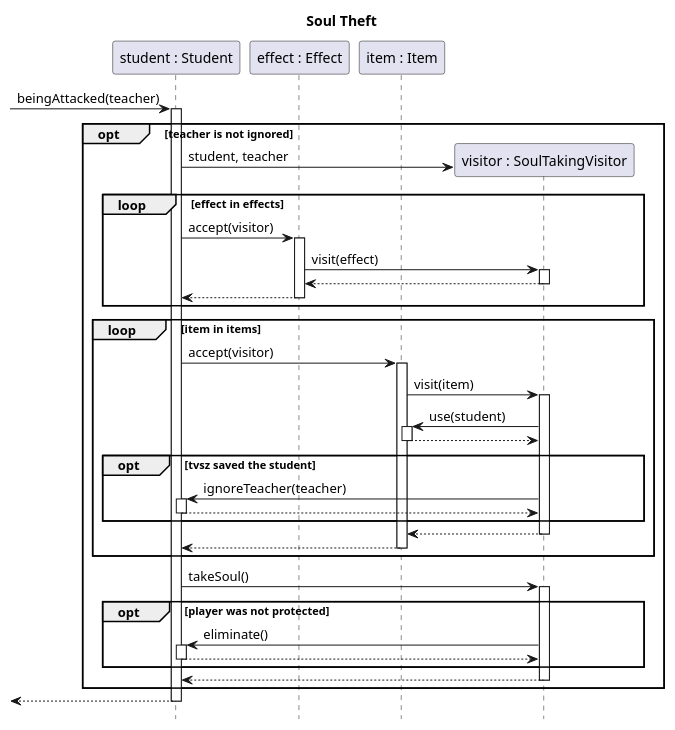
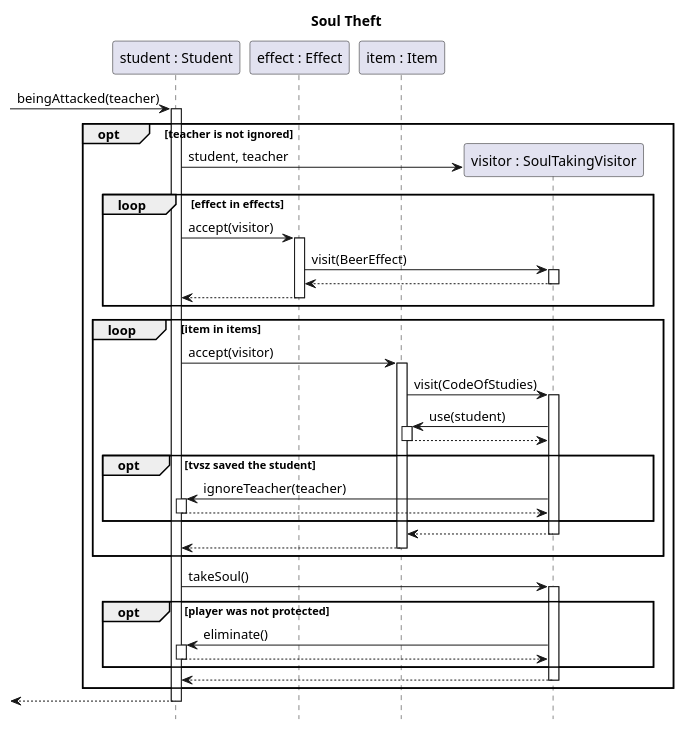
Before and after one commit to sn4k3ch4rm3r/logarlec: the diagram in docs/diagrams/sequence/soul-theft.puml, drawn with PlantUML. The commit also changed 2 other files, not shown here.

Commit message:
perform-attack, soul-theft, toxic-room diagram changes

```diff
--- a/docs/diagrams/sequence/soul-theft.puml
+++ b/docs/diagrams/sequence/soul-theft.puml
@@ -1,41 +1,41 @@
 @startuml soul-theft
 title Soul Theft
 hide footbox
 
 participant "student : Student" as s
 participant "effect : Effect" as e
 participant "item : Item" as i
 
 [-> s ++ : beingAttacked(teacher)
 opt teacher is not ignored
 	create "visitor : SoulTakingVisitor" as v
 	s -> v : student, teacher
 	loop effect in effects
 		s -> e ++: accept(visitor)
-		e -> v ++: visit(effect)
+		e -> v ++: visit(BeerEffect)
 		v --> e --
 		e --> s --
 	end
 	loop item in items
 		s -> i ++: accept(visitor)
-		i -> v ++: visit(item)
+		i -> v ++: visit(CodeOfStudies)
 		v -> i ++: use(student)
 		i --> v --
 		opt tvsz saved the student
 			v -> s ++ : ignoreTeacher(teacher)
 			s --> v --
 		end
 		v --> i --
 		i --> s --
 	end
 
 	s -> v ++: takeSoul()
 	opt player was not protected
 	v -> s ++: eliminate()
 	s --> v --
 	end 
 	v --> s --
 end
 [<-- s --
 
 @enduml
```
